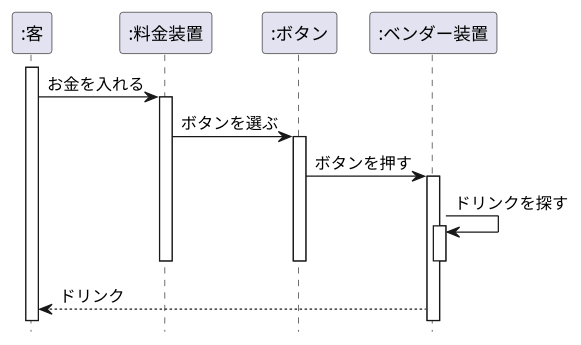
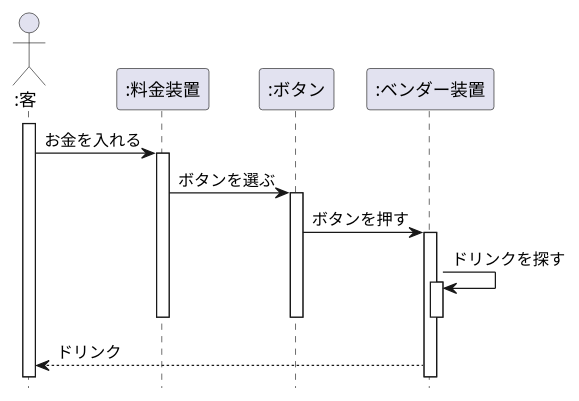
One commit to krij9319/uml-introduction changed the diagram in 演習6-4-3_シーケンス図_自動販売機.pu. Above: the diagram before and after it, drawn with PlantUML.

Commit message:
演習6-4-3_シーケンス図の修正

```diff
--- a/演習6-4-3_シーケンス図_自動販売機.pu
+++ b/演習6-4-3_シーケンス図_自動販売機.pu
@@ -1,27 +1,27 @@
 @startuml シーケンス図
     hide footbox
-    participant ":客" as customer
+    Actor ":客" as customer
     participant ":料金装置" as money
     participant ":ボタン" as button
     participant ":ベンダー装置" as bender
 
     activate customer
     customer -> money : お金を入れる
 
         activate money
         money -> button : ボタンを選ぶ
 
             activate button
             button -> bender : ボタンを押す
 
                 activate bender
                 bender -> bender : ドリンクを探す
                 activate bender
                 deactivate bender
 
             deactivate button
 
         deactivate money
 
     customer <-- bender : ドリンク    
 @enduml
```
